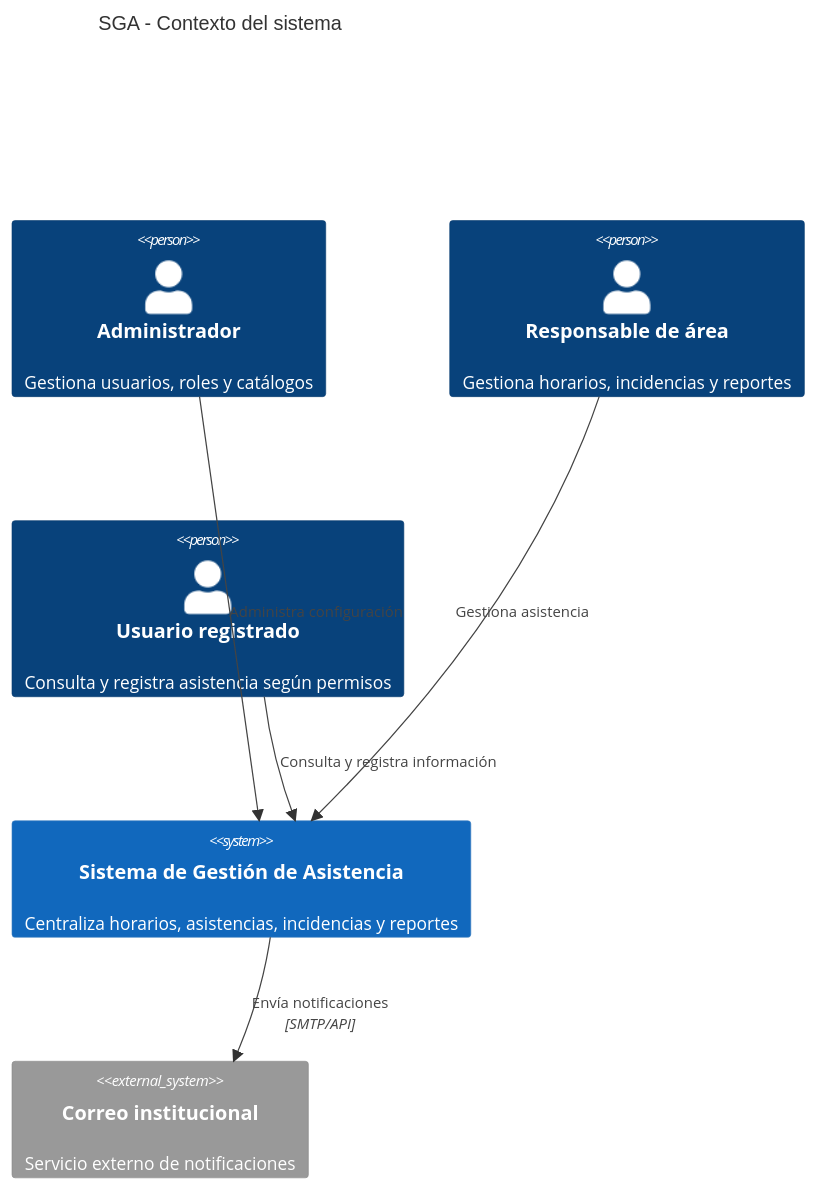
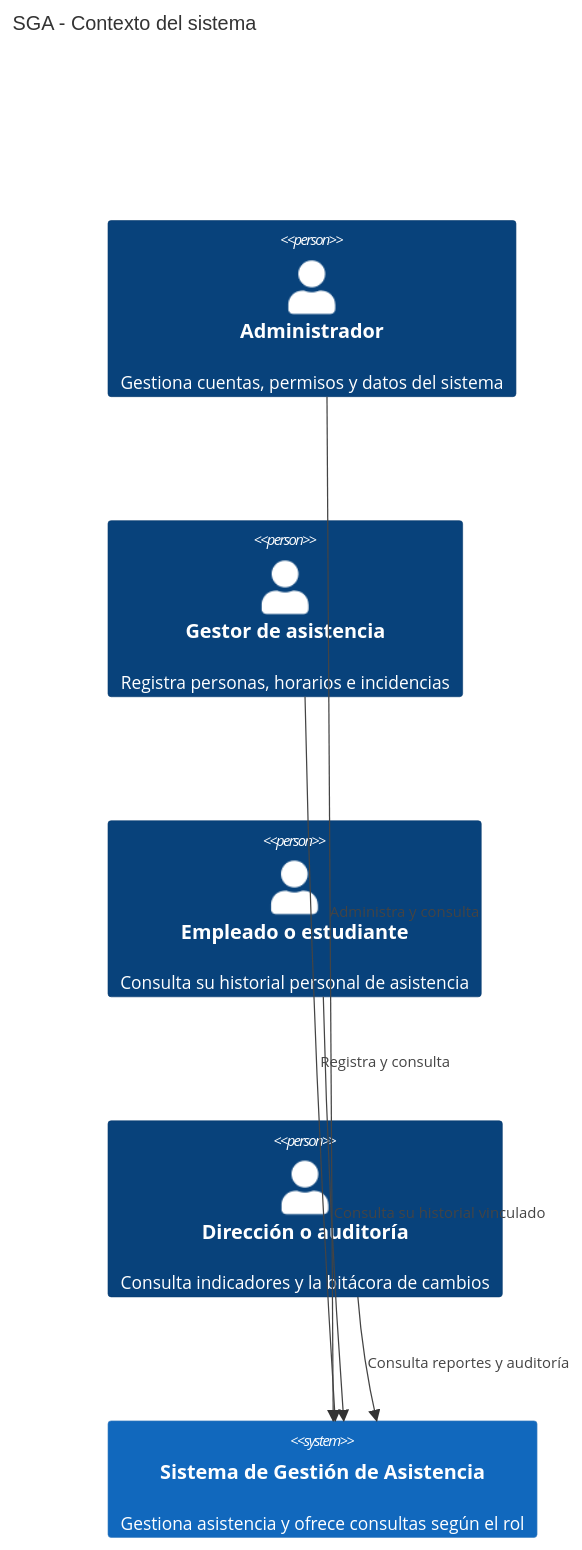
Before and after one commit to CalMiranda/SGA: the first of 4 diagrams in README_SGA_C4.md, drawn with Mermaid. The commit also changed other lines of this file and 15 other files, not shown here.

````diff
--- a/README_SGA_C4.md
+++ b/README_SGA_C4.md
@@ -9,13 +10,13 @@
 ```mermaid
 C4Context
 title SGA - Contexto del sistema
-Person(admin, "Administrador", "Gestiona usuarios, roles y catálogos")
-Person(responsable, "Responsable de área", "Gestiona horarios, incidencias y reportes")
-Person(usuario, "Usuario registrado", "Consulta y registra asistencia según permisos")
-System(sga, "Sistema de Gestión de Asistencia", "Centraliza horarios, asistencias, incidencias y reportes")
-System_Ext(email, "Correo institucional", "Servicio externo de notificaciones")
-Rel(admin, sga, "Administra configuración")
-Rel(responsable, sga, "Gestiona asistencia")
-Rel(usuario, sga, "Consulta y registra información")
-Rel(sga, email, "Envía notificaciones", "SMTP/API")
+Person(admin, "Administrador", "Gestiona cuentas, permisos y datos del sistema")
+Person(gestor, "Gestor de asistencia", "Registra personas, horarios e incidencias")
+Person(persona, "Empleado o estudiante", "Consulta su historial personal de asistencia")
+Person(direccion, "Dirección o auditoría", "Consulta indicadores y la bitácora de cambios")
+System(sga, "Sistema de Gestión de Asistencia", "Gestiona asistencia y ofrece consultas según el rol")
+Rel(admin, sga, "Administra y consulta")
+Rel(gestor, sga, "Registra y consulta")
+Rel(persona, sga, "Consulta su historial vinculado")
+Rel(direccion, sga, "Consulta reportes y auditoría")
 ```
````
